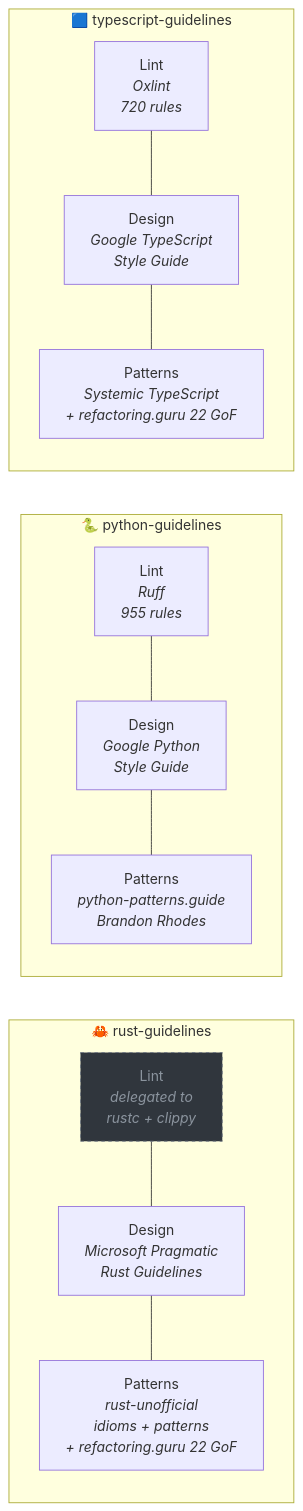
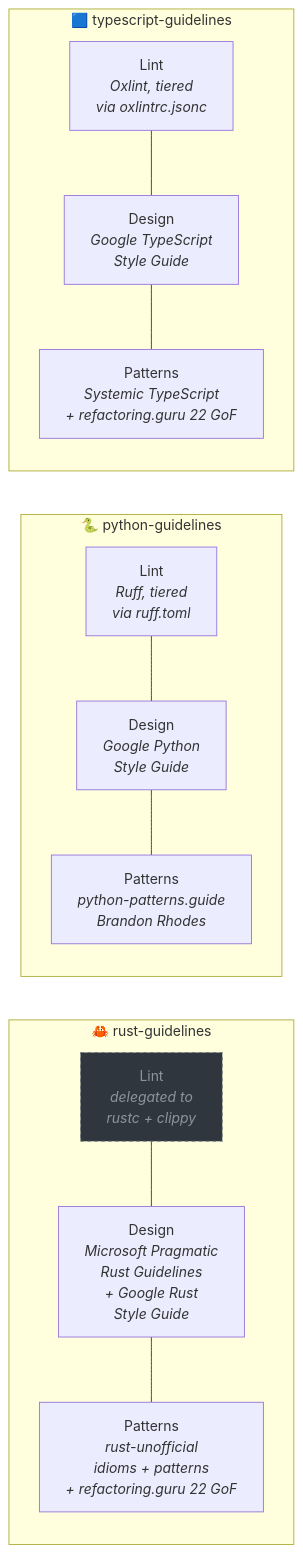
One commit to youssef-tharwat/lang-guidelines changed the second of 2 diagrams in README.md. Above: the diagram before and after it, drawn with Mermaid. The commit also changed other lines of this file and 2090 other files, not shown here.

````diff
--- a/README.md
+++ b/README.md
@@ -175,28 +169,28 @@
 ```mermaid
 flowchart LR
     subgraph Rust["🦀 rust-guidelines"]
         direction TB
         R_L1[Lint<br/><i>delegated to<br/>rustc + clippy</i>]:::delegate
-        R_L2[Design<br/><i>Microsoft Pragmatic<br/>Rust Guidelines</i>]
+        R_L2[Design<br/><i>Microsoft Pragmatic<br/>Rust Guidelines<br/>+ Google Rust<br/>Style Guide</i>]
         R_L3[Patterns<br/><i>rust-unofficial<br/>idioms + patterns<br/>+ refactoring.guru 22 GoF</i>]
         R_L1 --- R_L2 --- R_L3
     end
 
     subgraph Python["🐍 python-guidelines"]
         direction TB
-        P_L1[Lint<br/><i>Ruff<br/>955 rules</i>]
+        P_L1[Lint<br/><i>Ruff, tiered<br/>via ruff.toml</i>]
         P_L2[Design<br/><i>Google Python<br/>Style Guide</i>]
         P_L3[Patterns<br/><i>python-patterns.guide<br/>Brandon Rhodes</i>]
         P_L1 --- P_L2 --- P_L3
     end
 
     subgraph TypeScript["🟦 typescript-guidelines"]
         direction TB
-        T_L1[Lint<br/><i>Oxlint<br/>720 rules</i>]
+        T_L1[Lint<br/><i>Oxlint, tiered<br/>via oxlintrc.jsonc</i>]
         T_L2[Design<br/><i>Google TypeScript<br/>Style Guide</i>]
         T_L3[Patterns<br/><i>Systemic TypeScript<br/>+ refactoring.guru 22 GoF</i>]
         T_L1 --- T_L2 --- T_L3
     end
 
     classDef delegate fill:#30363d,stroke:#6e7681,color:#8b949e,stroke-dasharray:4 4
 ```
````
